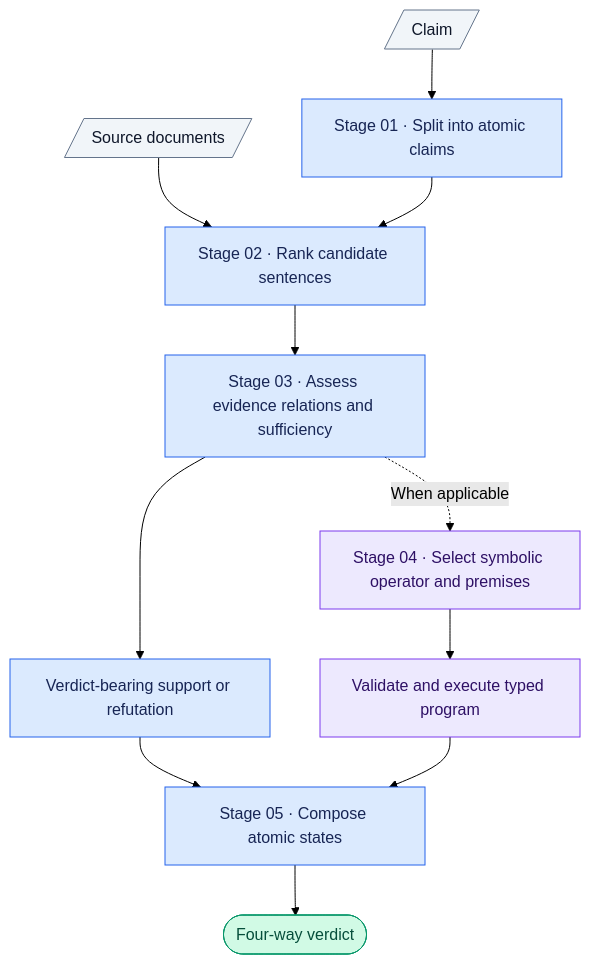
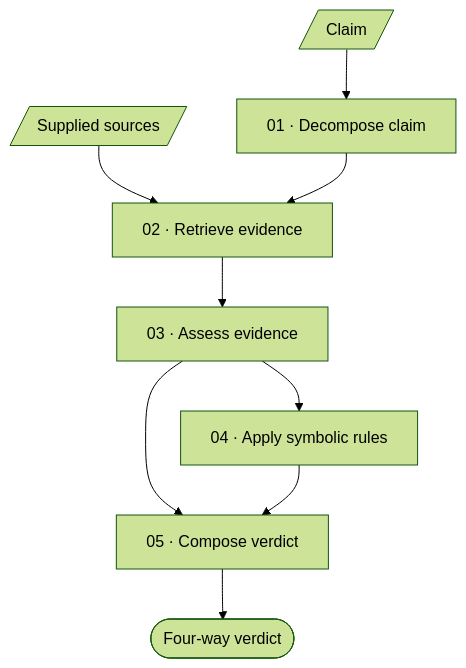
One commit to daniel-023/VeriNICE changed the diagram in README.md. Above: the diagram before and after it, drawn with Mermaid (forest theme). The commit also changed other lines of this file and 42 other files, not shown here.

````diff
--- a/README.md
+++ b/README.md
@@ -22,30 +20,11 @@
 ```mermaid
 flowchart TB
-    claim[/Claim/] --> split["Stage 01 · Split into atomic claims"]
-    sources[/Source documents/] --> retrieve["Stage 02 · Rank candidate sentences"]
-    split --> retrieve
-
-    retrieve --> assess["Stage 03 · Assess evidence relations and sufficiency"]
-    assess --> relations["Verdict-bearing support or refutation"]
-    assess -.->|When applicable| select
-
-    select["Stage 04 · Select symbolic operator and premises"]
-    execute["Validate and execute typed program"]
-    select --> execute
-
-    relations --> compose["Stage 05 · Compose atomic states"]
-    execute --> compose
+    claim[/Claim/] --> decompose["01 · Decompose claim"]
+    sources[/Supplied sources/] --> retrieve["02 · Retrieve evidence"]
+    decompose --> retrieve
+    retrieve --> assess["03 · Assess evidence"]
+    assess --> reason["04 · Apply symbolic rules"]
+    assess --> compose["05 · Compose verdict"]
+    reason --> compose
     compose --> verdict(["Four-way verdict"])
-
-    classDef input fill:#F1F5F9,stroke:#64748B,color:#0F172A;
-    classDef stage fill:#DBEAFE,stroke:#2563EB,color:#172554;
-    classDef symbolicNode fill:#EDE9FE,stroke:#7C3AED,color:#2E1065;
-    classDef output fill:#D1FAE5,stroke:#059669,color:#064E3B;
-    classDef excludedStyle fill:#FEF3C7,stroke:#D97706,color:#78350F,stroke-dasharray:4 3;
-
-    class claim,sources input;
-    class split,retrieve,scope,assess,relations,compose stage;
-    class select,execute symbolicNode;
-    class verdict output;
-    class excluded excludedStyle;
 ```
````
